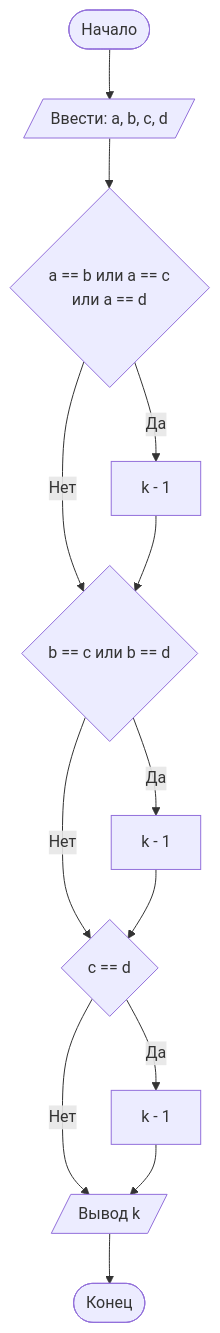
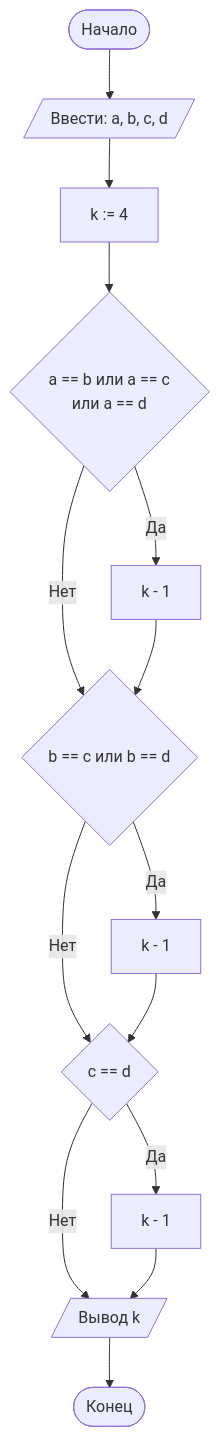
One commit to coffee-lovers-code/algorithms-lab-1 changed the diagram in README.md. Above: the diagram before and after it, drawn with Mermaid.

Commit message:
Update README.md
Block-scheme supplemented

````diff
--- a/README.md
+++ b/README.md
@@ -80,17 +80,18 @@
 ```mermaid
 graph TD
     A([Начало]) --> B[/Ввести: a, b, c, d/]
-    B --> C{a == b или a == c 
+    B --> K[k := 4]
+    K --> C{a == b или a == c 
     или a == d}
     C -- Нет --> D{b == c или b == d}
     D -- Нет --> E{c == d}
     E -- Нет --> F[/Вывод k/]
     F --> G([Конец])
     E -- Да --> H[k - 1]
     H --> F
     D -- Да --> I[k - 1]
     I --> E
     C -- Да --> J[k - 1]
     J --> D
 
 ```
````
